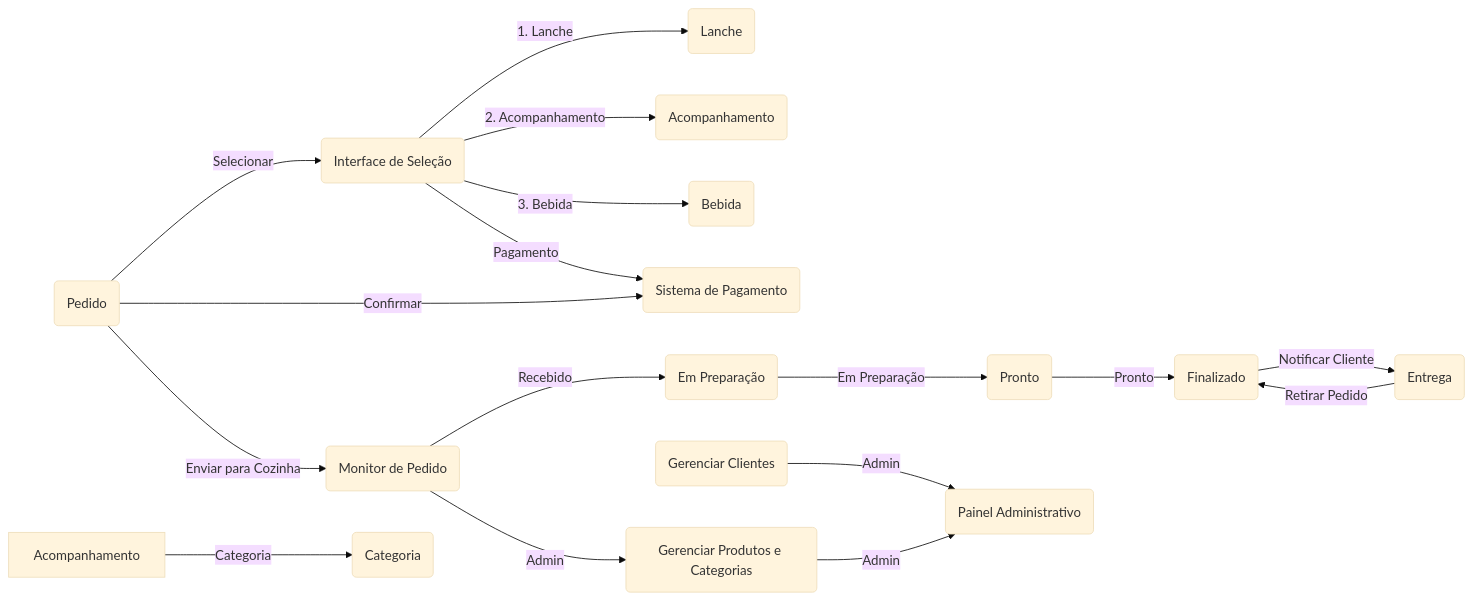
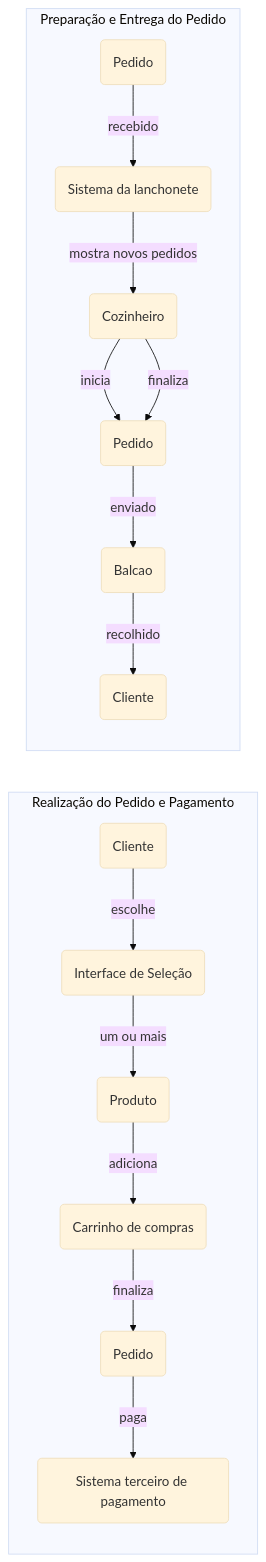
Before and after one commit to postech-lanchonete/lanchonete-backend: the diagram in README.md, drawn with Mermaid (base theme). The commit also changed other lines of this file and 23 other files, not shown here.

Commit message:
adiciona logicas para pedidos e testes de integracao para eles. adiciona tambem documentacao para versionar

````diff
--- a/README.md
+++ b/README.md
@@ -46,19 +55,21 @@
 ```mermaid
-graph LR
-A(Pedido) -- Selecionar --> B(Interface de Seleção)
-B -- 1. Lanche --> C(Lanche)
-B -- 2. Acompanhamento --> D(Acompanhamento)
-B -- 3. Bebida --> E(Bebida)
-B -- Pagamento --> F(Sistema de Pagamento)
-A -- Confirmar --> F
-A -- Enviar para Cozinha --> G(Monitor de Pedido)
-G -- Recebido --> H(Em Preparação)
-H -- Em Preparação --> I(Pronto)
-I -- Pronto --> J(Finalizado)
-J -- Notificar Cliente --> K(Entrega)
-K -- Retirar Pedido --> J
-L(Gerenciar Clientes) -- Admin --> M(Painel Administrativo)
-N(Gerenciar Produtos e Categorias) -- Admin --> M
-G -- Admin --> N
-Acompanhamento -- Categoria --> O(Categoria)
+flowchart LR
+
+subgraph Realização do Pedido e Pagamento
+    AA(Cliente) -- escolhe --> BB(Interface de Seleção)
+    BB -- um ou mais --> CC(Produto)
+    CC -- adiciona --> DD(Carrinho de compras)
+    DD -- finaliza --> EE(Pedido)
+    EE -- paga --> FF(Sistema terceiro de pagamento)
+end
+
+subgraph Preparação e Entrega do Pedido
+    A(Pedido) -- recebido --> B(Sistema da lanchonete)
+    B -- mostra novos pedidos--> C(Cozinheiro)
+    C -- inicia --> D(Preparacao)
+    C -- finaliza --> D(Pedido)
+    D -- enviado --> E(Balcao)
+    E -- recolhido --> F(Cliente)
+end
+
 ```
````
